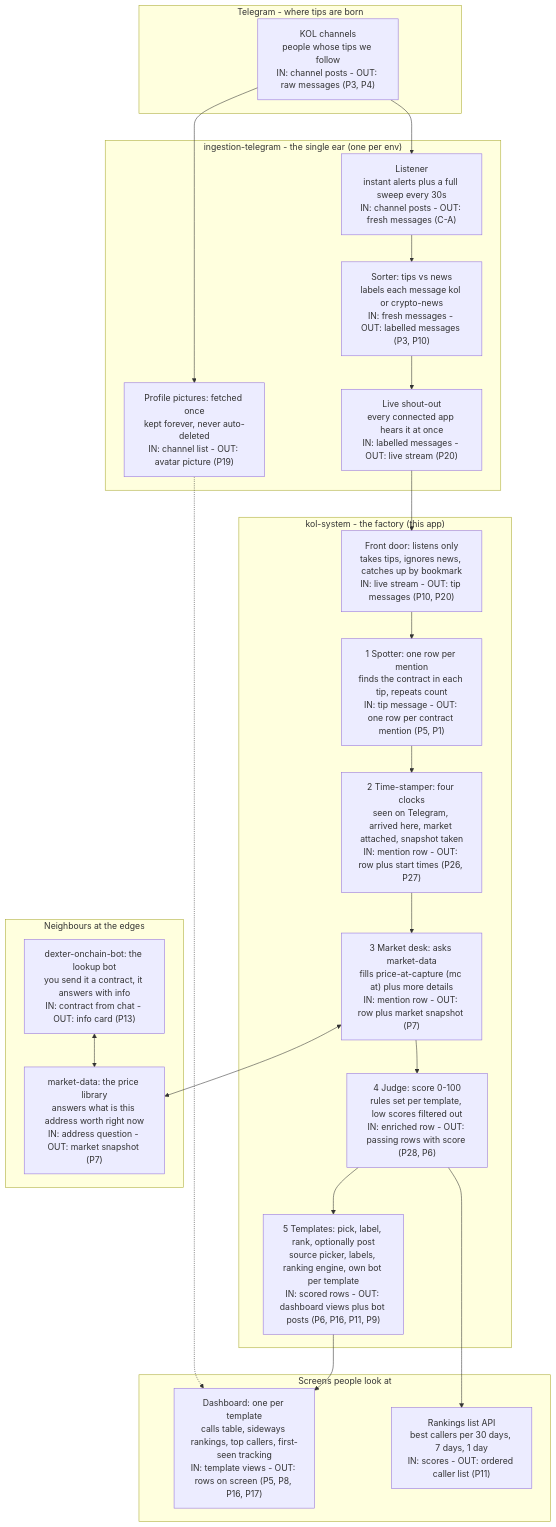
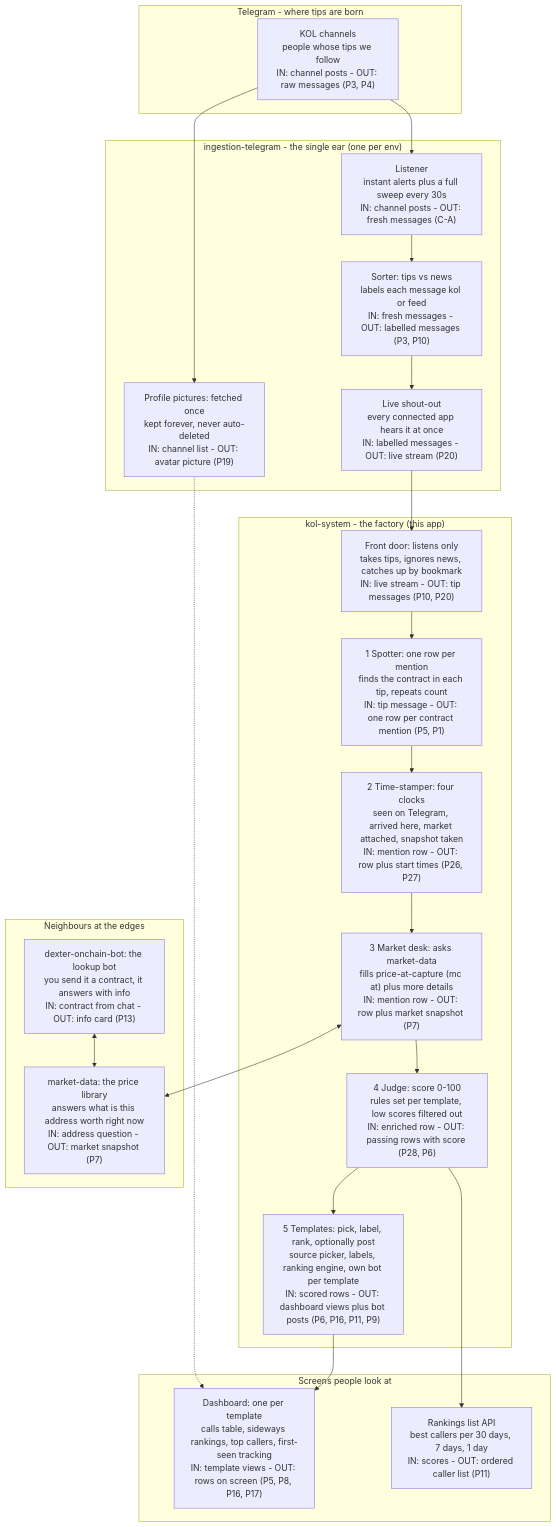
The first of 3 diagrams in apps/kol-system/AGENTS.md (bryanstevensacosta/onchain-bot), drawn with Mermaid before and after one commit. The commit also changed other lines of this file and 573 other files, not shown here.

````diff
--- a/apps/kol-system/AGENTS.md
+++ b/apps/kol-system/AGENTS.md
@@ -156,44 +156,44 @@
 ```mermaid
 flowchart TB
     subgraph TG["Telegram - where tips are born"]
         KOL["KOL channels<br/>people whose tips we follow<br/>IN: channel posts - OUT: raw messages (P3, P4)"]
     end
 
     subgraph EAR["ingestion-telegram - the single ear (one per env)"]
         LIS["Listener<br/>instant alerts plus a full sweep every 30s<br/>IN: channel posts - OUT: fresh messages (C-A)"]
-        SORT["Sorter: tips vs news<br/>labels each message kol or crypto-news<br/>IN: fresh messages - OUT: labelled messages (P3, P10)"]
+        SORT["Sorter: tips vs news<br/>labels each message kol or feed<br/>IN: fresh messages - OUT: labelled messages (P3, P10)"]
         PIC["Profile pictures: fetched once<br/>kept forever, never auto-deleted<br/>IN: channel list - OUT: avatar picture (P19)"]
         SHOUT["Live shout-out<br/>every connected app hears it at once<br/>IN: labelled messages - OUT: live stream (P20)"]
     end
 
     subgraph APP["kol-system - the factory (this app)"]
         DOOR["Front door: listens only<br/>takes tips, ignores news, catches up by bookmark<br/>IN: live stream - OUT: tip messages (P10, P20)"]
         SPOT["1 Spotter: one row per mention<br/>finds the contract in each tip, repeats count<br/>IN: tip message - OUT: one row per contract mention (P5, P1)"]
         STAMP["2 Time-stamper: four clocks<br/>seen on Telegram, arrived here, market attached, snapshot taken<br/>IN: mention row - OUT: row plus start times (P26, P27)"]
         MARKET["3 Market desk: asks market-data<br/>fills price-at-capture (mc at) plus more details<br/>IN: mention row - OUT: row plus market snapshot (P7)"]
         SCORE["4 Judge: score 0-100<br/>rules set per template, low scores filtered out<br/>IN: enriched row - OUT: passing rows with score (P28, P6)"]
         TMPL["5 Templates: pick, label, rank, optionally post<br/>source picker, labels, ranking engine, own bot per template<br/>IN: scored rows - OUT: dashboard views plus bot posts (P6, P16, P11, P9)"]
     end
 
     subgraph SCREENS["Screens people look at"]
         DASH["Dashboard: one per template<br/>calls table, sideways rankings, top callers, first-seen tracking<br/>IN: template views - OUT: rows on screen (P5, P8, P16, P17)"]
         RANK["Rankings list API<br/>best callers per 30 days, 7 days, 1 day<br/>IN: scores - OUT: ordered caller list (P11)"]
     end
 
     subgraph EDGE["Neighbours at the edges"]
         MDATA["market-data: the price library<br/>answers what is this address worth right now<br/>IN: address question - OUT: market snapshot (P7)"]
         DEXTER["dexter-onchain-bot: the lookup bot<br/>you send it a contract, it answers with info<br/>IN: contract from chat - OUT: info card (P13)"]
     end
 
     KOL --> LIS
     LIS --> SORT
     SORT --> SHOUT
     KOL --> PIC
     PIC -.-> DASH
     SHOUT --> DOOR
     DOOR --> SPOT --> STAMP --> MARKET --> SCORE --> TMPL
     TMPL --> DASH
     SCORE --> RANK
     MARKET <--> MDATA
     DEXTER <--> MDATA
 ```
````
